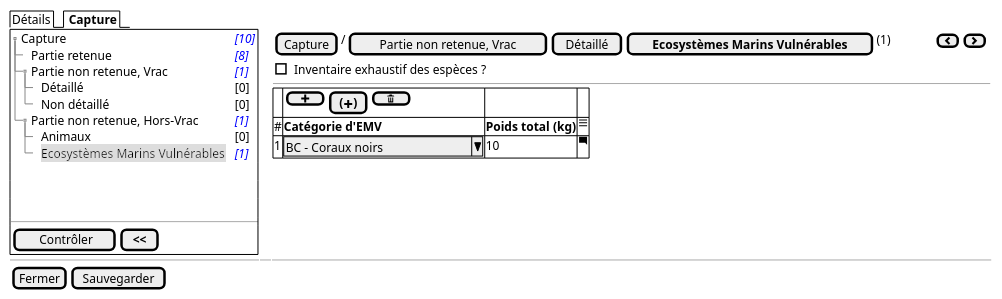
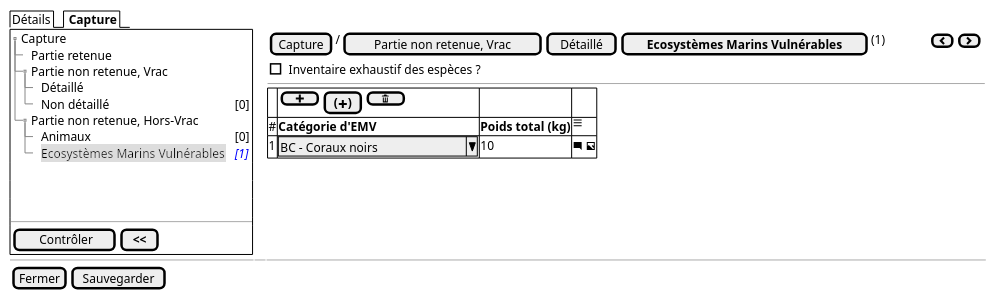
Before and after one commit to sumaris-net/sumaris-doc: the diagram in projects/obsmer/spe/images/batch/batch-tree-PNR-HVRAC-EMV.puml, drawn with PlantUML. The commit also changed 27 other files, not shown here.

```diff
--- a/projects/obsmer/spe/images/batch/batch-tree-PNR-HVRAC-EMV.puml
+++ b/projects/obsmer/spe/images/batch/batch-tree-PNR-HVRAC-EMV.puml
@@ -1,36 +1,36 @@
 @startsalt
 {
   {/ Détails | <b> Capture }
   {+
    {T
-       + Capture    | <i><color:blue>[10]
-       ++ Partie retenue       | <i><color:blue>[8]
-       ++ Partie non retenue, Vrac | <i><color:blue>[1]
-       +++ Détaillé | <color:black>[0]
+       + Capture
+       ++ Partie retenue
+       ++ Partie non retenue, Vrac
+       +++ Détaillé
        +++ Non détaillé | <color:black>[0]
-       ++ Partie non retenue, Hors-Vrac | <i><color:blue>[1]
+       ++ Partie non retenue, Hors-Vrac
        +++ Animaux | <color:black>[0]
        +++ <back:#DDD>Ecosystèmes Marins Vulnérables | <i><color:blue>[1]
    }
     .
     .
     .
    --
    {
       [<&checkmark> Contrôler] | [ <b><< ]
    }
   } | . | {
     { [Capture] | / | [Partie non retenue, Vrac] | [Détaillé] | [<b>Ecosystèmes Marins Vulnérables] | (1) | . | . | . | . | . | . | . | . | { [<&chevron-left>] | [<&chevron-right>] } }
     { [ ] Inventaire exhaustif des espèces ? }
     ---
     {#
           . | {[ <&plus> ] | [<b>(<&plus><b>)] | [ <&trash> ] }  | . | .
           # | <b>Catégorie d'EMV  | <b>Poids total (kg)     |   <&menu>
-          1 | ^BC - Coraux noirs      ^ |  10    | <&comment-square>
+          1 | ^BC - Coraux noirs      ^ |  10    | <&comment-square> <&image>
         }
   }
 
   -- | -- | --
   { [Fermer] | [Sauvegarder] }
 }
 @endsalt
```
